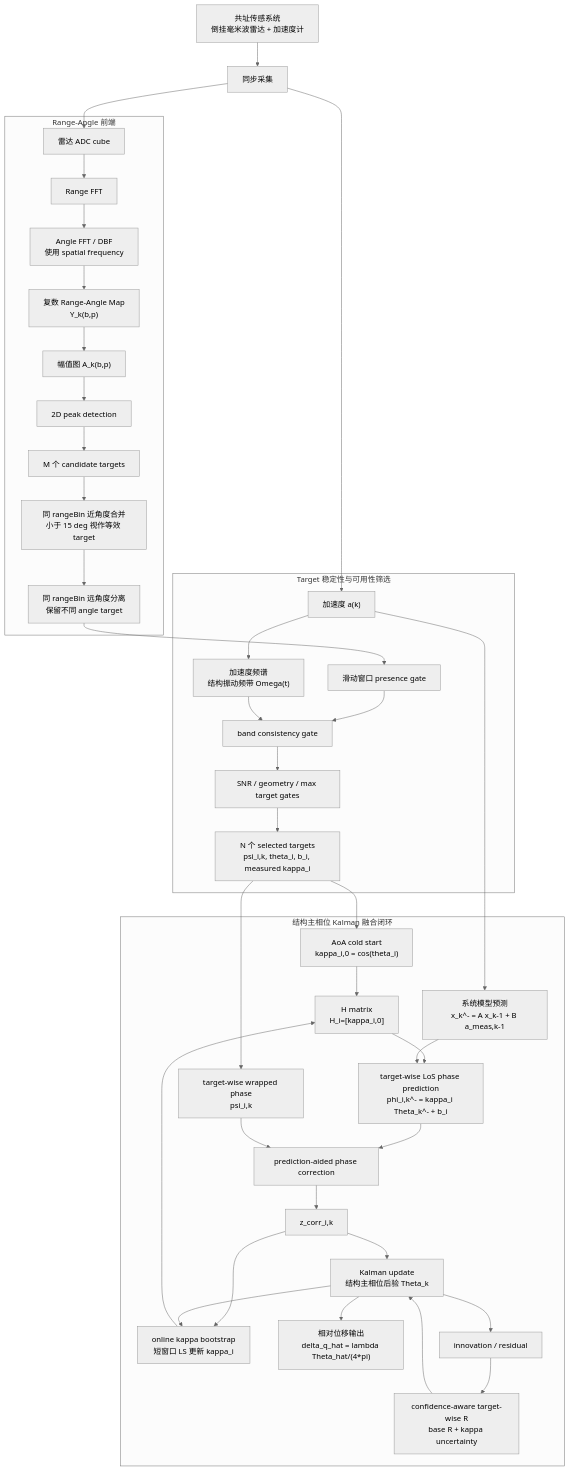
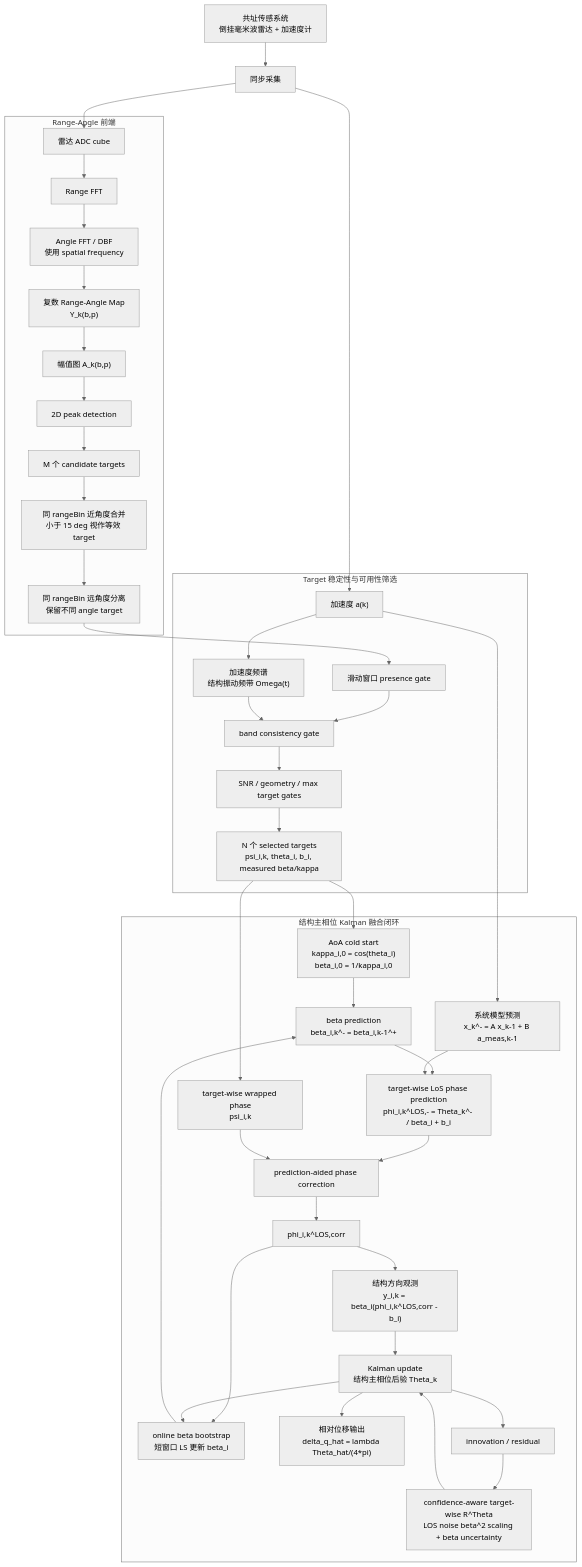
One commit to hobbyGG/thesis changed the first of 2 diagrams in reports/phase1_method_and_simulation_report.md. Above: the diagram before and after it, drawn with Mermaid (neutral theme). The commit also changed other lines of this file and 17 other files, not shown here.

````diff
--- a/reports/phase1_method_and_simulation_report.md
+++ b/reports/phase1_method_and_simulation_report.md
@@ -72,46 +75,47 @@
 ```mermaid
 flowchart TD
     A["共址传感系统<br/>倒挂毫米波雷达 + 加速度计"] --> B["同步采集"]
     B --> C["雷达 ADC cube"]
     B --> D["加速度 a(k)"]
 
     subgraph Frontend["Range-Angle 前端"]
         C --> E["Range FFT"]
         E --> F["Angle FFT / DBF<br/>使用 spatial frequency"]
         F --> G["复数 Range-Angle Map<br/>Y_k(b,p)"]
         G --> H["幅值图 A_k(b,p)"]
         H --> I["2D peak detection"]
         I --> J["M 个 candidate targets"]
         J --> K["同 rangeBin 近角度合并<br/>小于 15 deg 视作等效 target"]
         K --> L["同 rangeBin 远角度分离<br/>保留不同 angle target"]
     end
 
     subgraph Screening["Target 稳定性与可用性筛选"]
         L --> M["滑动窗口 presence gate"]
         D --> N["加速度频谱<br/>结构振动频带 Omega(t)"]
         M --> O["band consistency gate"]
         N --> O
         O --> P["SNR / geometry / max target gates"]
-        P --> Q["N 个 selected targets<br/>psi_i,k, theta_i, b_i, measured kappa_i"]
+        P --> Q["N 个 selected targets<br/>psi_i,k, theta_i, b_i, measured beta/kappa"]
     end
 
     subgraph Fusion["结构主相位 Kalman 融合闭环"]
-        Q --> R["AoA cold start<br/>kappa_i,0 = cos(theta_i)"]
-        R --> S["H matrix<br/>H_i=[kappa_i,0]"]
+        Q --> R["AoA cold start<br/>kappa_i,0 = cos(theta_i)<br/>beta_i,0 = 1/kappa_i,0"]
+        R --> S["beta prediction<br/>beta_i,k^- = beta_i,k-1^+"]
         D --> T["系统模型预测<br/>x_k^- = A x_k-1 + B a_meas,k-1"]
-        S --> U["target-wise LoS phase prediction<br/>phi_i,k^- = kappa_i Theta_k^- + b_i"]
+        S --> U["target-wise LoS phase prediction<br/>phi_i,k^LOS,- = Theta_k^- / beta_i + b_i"]
         T --> U
         Q --> V["target-wise wrapped phase<br/>psi_i,k"]
         U --> W["prediction-aided phase correction"]
         V --> W
-        W --> X["z_corr_i,k"]
-        X --> Y["Kalman update<br/>结构主相位后验 Theta_k"]
-        X --> Z["online kappa bootstrap<br/>短窗口 LS 更新 kappa_i"]
+        W --> X["phi_i,k^LOS,corr"]
+        X --> YC["结构方向观测<br/>y_i,k = beta_i(phi_i,k^LOS,corr - b_i)"]
+        YC --> Y["Kalman update<br/>结构主相位后验 Theta_k"]
+        X --> Z["online beta bootstrap<br/>短窗口 LS 更新 beta_i"]
         Y --> Z
         Y --> AA["相对位移输出<br/>delta_q_hat = lambda Theta_hat/(4*pi)"]
         Y --> AB["innovation / residual"]
-        AB --> AC["confidence-aware target-wise R<br/>base R + kappa uncertainty"]
+        AB --> AC["confidence-aware target-wise R^Theta<br/>LOS noise beta^2 scaling + beta uncertainty"]
         Z --> S
         AC --> Y
     end
 ```
````
